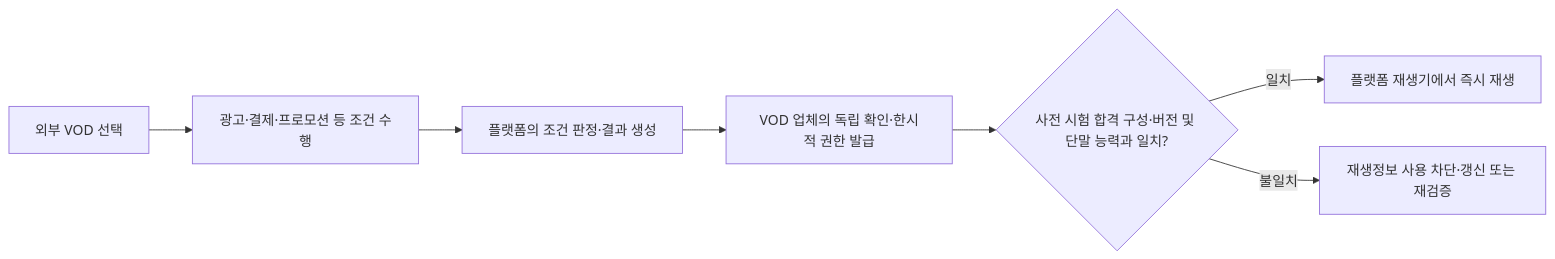
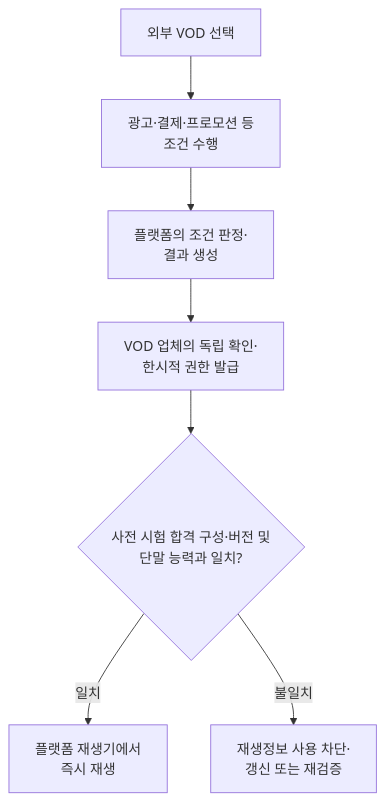
Before and after one commit to growdai1y/instant-play: the first of 14 diagrams in instant_play_직무발명서_개선본.md, drawn with Mermaid. The commit also changed other lines of this file and 1 other file, not shown here.

````diff
--- a/instant_play_직무발명서_개선본.md
+++ b/instant_play_직무발명서_개선본.md
@@ -47,9 +47,17 @@
 ```mermaid
-flowchart LR
-    A["외부 VOD 선택"] --> B["광고·결제·프로모션 등 조건 수행"]
-    B --> C["플랫폼의 조건 판정·결과 생성"]
-    C --> D["VOD 업체의 독립 확인·한시적 권한 발급"]
-    D --> E{"사전 시험 합격 구성·버전 및 단말 능력과 일치?"}
-    E -->|일치| F["플랫폼 재생기에서 즉시 재생"]
-    E -->|불일치| G["재생정보 사용 차단·갱신 또는 재검증"]
+flowchart TB
+    A["외부 VOD 선택"]
+    B["광고·결제·프로모션 등<br/>조건 수행"]
+    C["플랫폼의 조건 판정·<br/>결과 생성"]
+    D["VOD 업체의 독립 확인·<br/>한시적 권한 발급"]
+    E{"사전 시험 합격 구성·버전 및<br/>단말 능력과 일치?"}
+    F["플랫폼 재생기에서<br/>즉시 재생"]
+    G["재생정보 사용 차단·<br/>갱신 또는 재검증"]
+
+    A --> B
+    B --> C
+    C --> D
+    D --> E
+    E -->|일치| F
+    E -->|불일치| G
 ```
````
